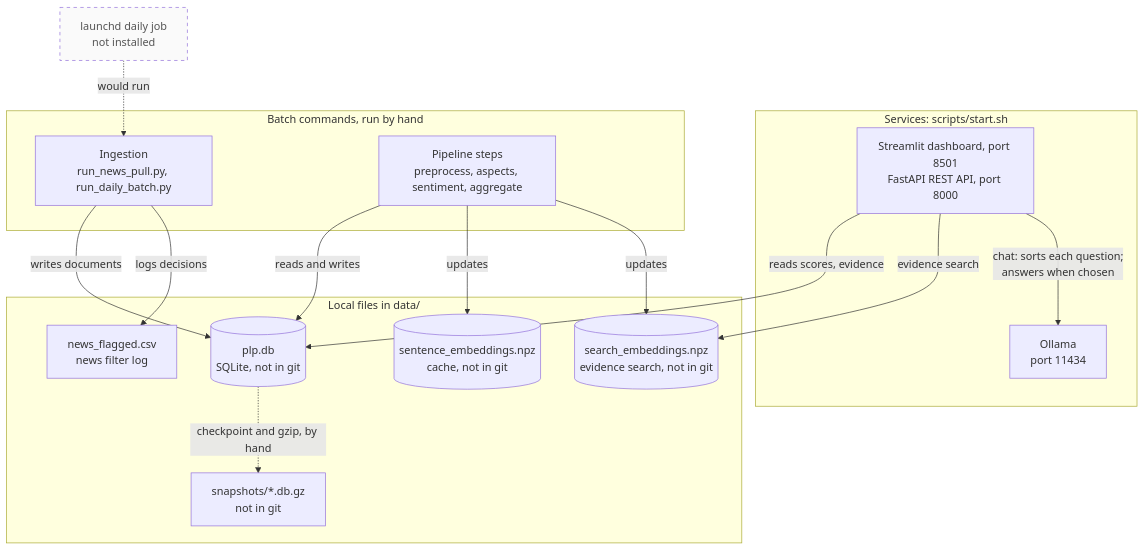
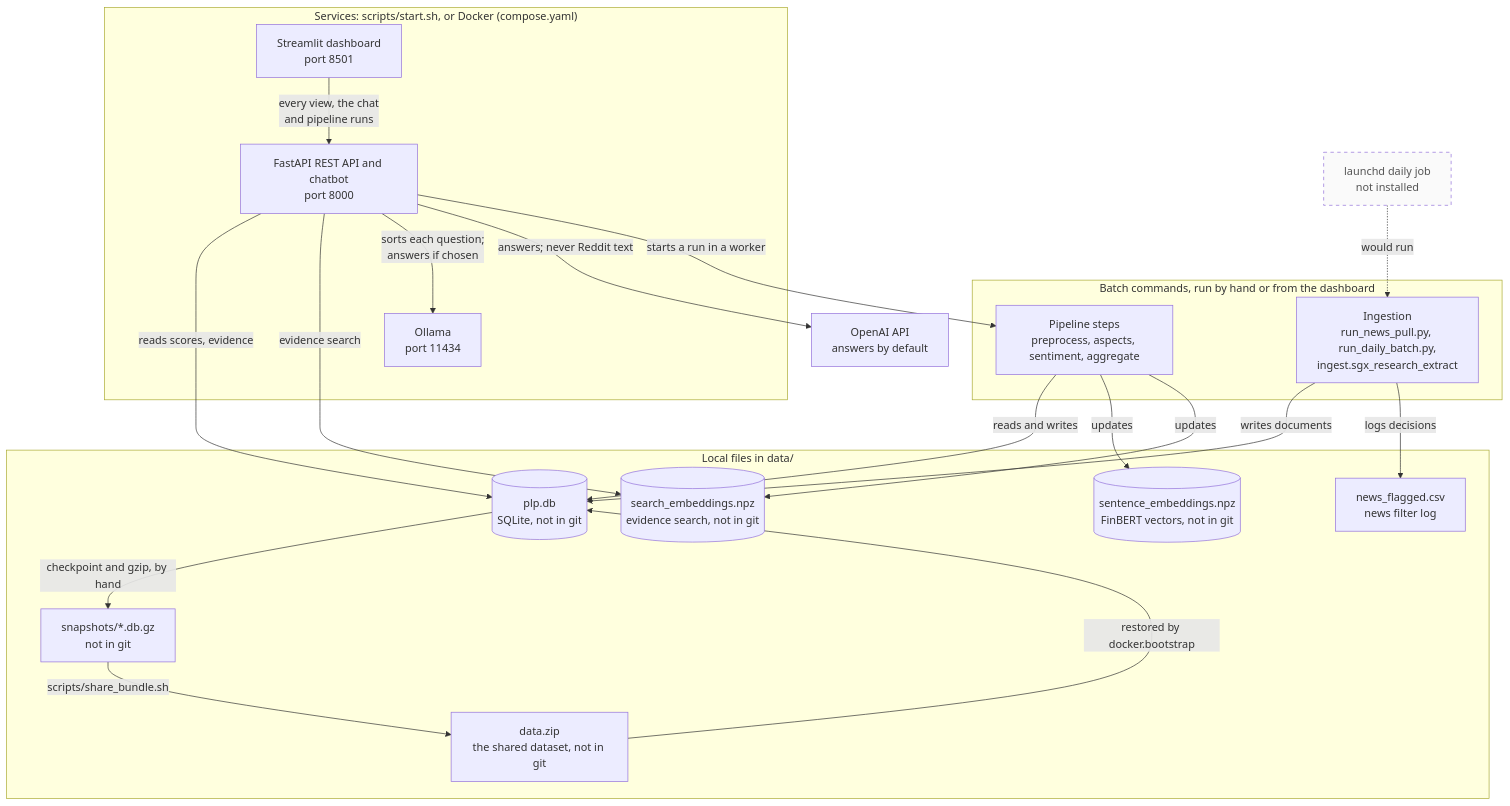
One commit to Gavingyh/plp-project changed the diagram in docs/diagrams/02-runtime.md. Above: the diagram before and after it, drawn with Mermaid. The commit also changed other lines of this file and 124 other files, not shown here.

````diff
--- a/docs/diagrams/02-runtime.md
+++ b/docs/diagrams/02-runtime.md
@@ -7,39 +7,48 @@
 ```mermaid
 flowchart TB
   accTitle: Runtime view
-  accDescr: Three services started by scripts/start.sh, the batch commands run by hand, and the local files each reads or writes.
+  accDescr: The services started by scripts/start.sh or by Docker, the batch commands, and the local files each reads or writes. The dashboard reads everything through the API; the API asks Ollama to sort each question and OpenAI, by default, to answer it.
 
-  subgraph services["Services: scripts/start.sh"]
-    ui["Streamlit dashboard, port 8501<br/>FastAPI REST API, port 8000"]
+  subgraph services["Services: scripts/start.sh, or Docker (compose.yaml)"]
+    dash["Streamlit dashboard<br/>port 8501"]
+    api["FastAPI REST API and chatbot<br/>port 8000"]
     oll["Ollama<br/>port 11434"]
   end
 
+  hosted["OpenAI API<br/>answers by default"]
+
   subgraph files["Local files in data/"]
+    zip["data.zip<br/>the shared dataset, not in git"]
     db[("plp.db<br/>SQLite, not in git")]
-    emb[("sentence_embeddings.npz<br/>cache, not in git")]
+    emb[("sentence_embeddings.npz<br/>FinBERT vectors, not in git")]
     semb[("search_embeddings.npz<br/>evidence search, not in git")]
     flagged["news_flagged.csv<br/>news filter log"]
     snaps["snapshots/*.db.gz<br/>not in git"]
   end
 
-  subgraph batch["Batch commands, run by hand"]
-    pull["Ingestion<br/>run_news_pull.py, run_daily_batch.py"]
+  subgraph batch["Batch commands, run by hand or from the dashboard"]
+    pull["Ingestion<br/>run_news_pull.py, run_daily_batch.py,<br/>ingest.sgx_research_extract"]
     pipe["Pipeline steps<br/>preprocess, aspects, sentiment, aggregate"]
   end
 
   plist["launchd daily job<br/>not installed"]
 
-  ui -- "reads scores, evidence" --> db
-  ui -- "evidence search" --> semb
-  ui -- "chat: sorts each question;<br/>answers when chosen" --> oll
+  dash -- "every view, the chat<br/>and pipeline runs" --> api
+  api -- "reads scores, evidence" --> db
+  api -- "evidence search" --> semb
+  api -- "sorts each question;<br/>answers if chosen" --> oll
+  api -- "answers; never Reddit text" --> hosted
+  api -- "starts a run in a worker" --> pipe
+  zip -- "restored by docker.bootstrap" --> db
   pull -- "writes documents" --> db
   pull -- "logs decisions" --> flagged
   pipe -- "reads and writes" --> db
   pipe -- "updates" --> emb
   pipe -- "updates" --> semb
-  db -. "checkpoint and gzip, by hand" .-> snaps
+  db -- "checkpoint and gzip, by hand" --> snaps
+  snaps -- "scripts/share_bundle.sh" --> zip
   plist -. "would run" .-> pull
 
   classDef inactive stroke-dasharray: 5 5,color:#555,fill:#fafafa;
   class plist inactive;
 ```
````
